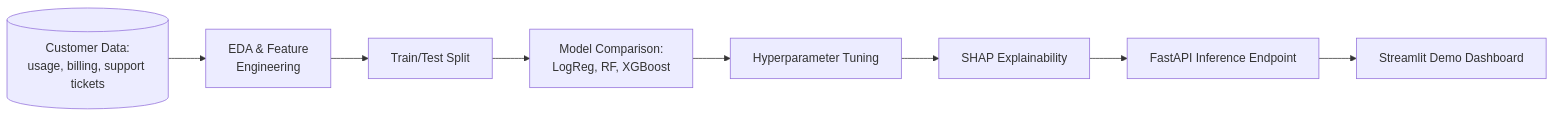
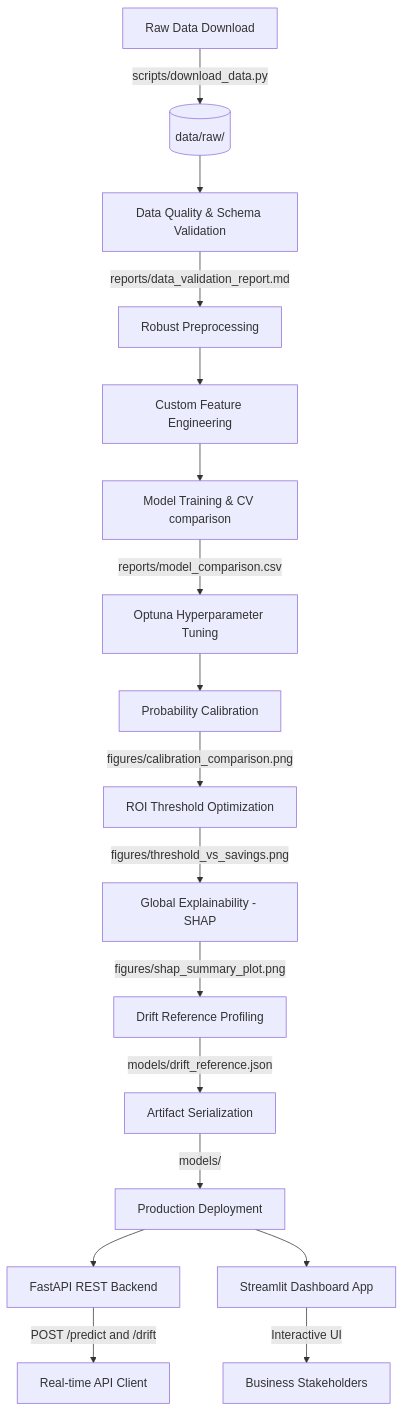
One commit to suryalionael/Lionael-Surya changed the diagram in machine-learning/customer-churn-prediction-telecom/README.md. Above: the diagram before and after it, drawn with Mermaid. The commit also changed other lines of this file and 41 other files, not shown here.

````diff
--- a/machine-learning/customer-churn-prediction-telecom/README.md
+++ b/machine-learning/customer-churn-prediction-telecom/README.md
@@ -15,10 +27,21 @@
 ```mermaid
-flowchart LR
-    A[(Customer Data:<br/>usage, billing, support tickets)] --> B[EDA & Feature<br/>Engineering]
-    B --> C[Train/Test Split]
-    C --> D[Model Comparison:<br/>LogReg, RF, XGBoost]
-    D --> E[Hyperparameter Tuning]
-    E --> F[SHAP Explainability]
-    F --> G[FastAPI Inference Endpoint]
-    G --> H[Streamlit Demo Dashboard]
+graph TD
+    A[Raw Data Download] -->|scripts/download_data.py| B[(data/raw/)]
+    B --> C[Data Quality & Schema Validation]
+    C -->|reports/data_validation_report.md| D[Robust Preprocessing]
+    D --> E[Custom Feature Engineering]
+    E --> F[Model Training & CV comparison]
+    F -->|reports/model_comparison.csv| G[Optuna Hyperparameter Tuning]
+    G --> H[Probability Calibration]
+    H -->|figures/calibration_comparison.png| I[ROI Threshold Optimization]
+    I -->|figures/threshold_vs_savings.png| J[Global Explainability - SHAP]
+    J -->|figures/shap_summary_plot.png| K[Drift Reference Profiling]
+    K -->|models/drift_reference.json| L[Artifact Serialization]
+    L -->|models/| M[Production Deployment]
+    
+    M --> N[FastAPI REST Backend]
+    M --> O[Streamlit Dashboard App]
+    
+    N -->|POST /predict and /drift| P[Real-time API Client]
+    O -->|Interactive UI| Q[Business Stakeholders]
 ```
````
